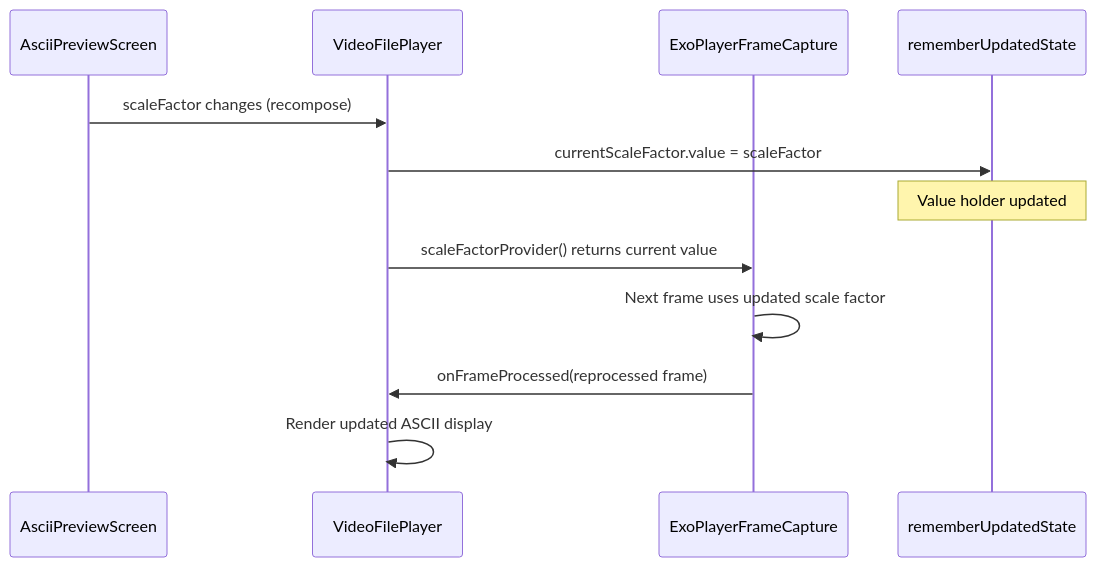
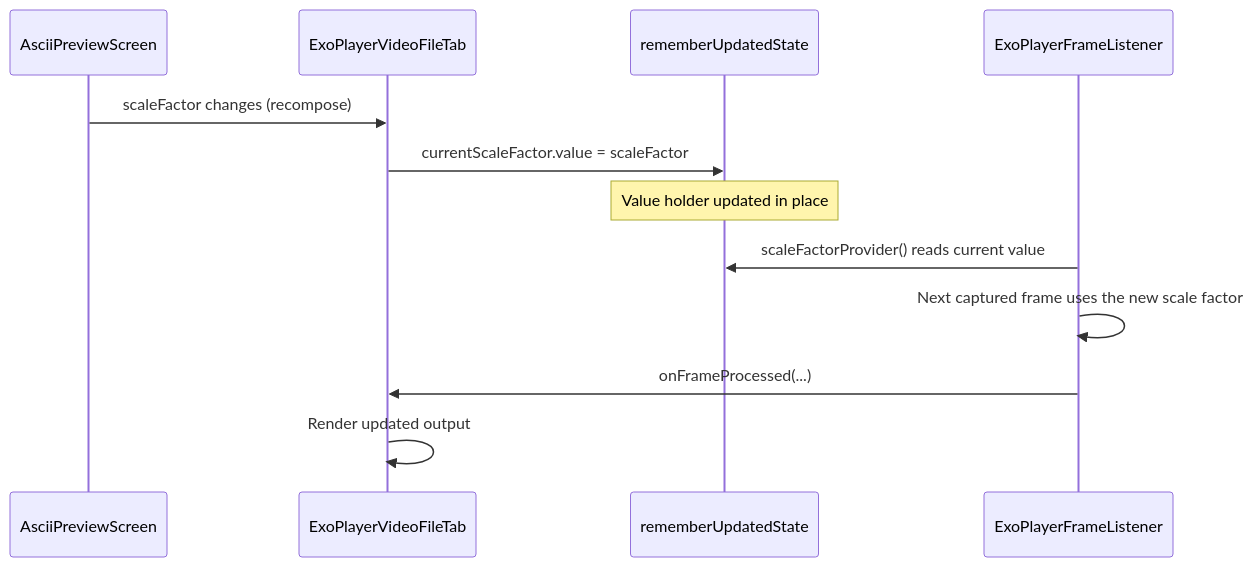
Before and after one commit to replicant1/AsciiArt: the fourth of 5 diagrams in README.md, drawn with Mermaid. The commit also changed other lines of this file and 8 other files, not shown here.

First line of the commit message:
Bring the README and architecture diagrams back in line with the code

````diff
--- a/README.md
+++ b/README.md
@@ -244,15 +179,15 @@
 ```mermaid
 sequenceDiagram
     participant APS as AsciiPreviewScreen
-    participant VFP as VideoFilePlayer
-    participant EFC as ExoPlayerFrameCapture
+    participant VFT as ExoPlayerVideoFileTab
     participant RUS as rememberUpdatedState
-    
-    APS->>VFP: scaleFactor changes (recompose)
-    VFP->>RUS: currentScaleFactor.value = scaleFactor
-    Note over RUS: Value holder updated
-    VFP->>EFC: scaleFactorProvider() returns current value
-    EFC->>EFC: Next frame uses updated scale factor
-    EFC->>VFP: onFrameProcessed(reprocessed frame)
-    VFP->>VFP: Render updated ASCII display
+    participant EFL as ExoPlayerFrameListener
+
+    APS->>VFT: scaleFactor changes (recompose)
+    VFT->>RUS: currentScaleFactor.value = scaleFactor
+    Note over RUS: Value holder updated in place
+    EFL->>RUS: scaleFactorProvider() reads current value
+    EFL->>EFL: Next captured frame uses the new scale factor
+    EFL->>VFT: onFrameProcessed(...)
+    VFT->>VFT: Render updated output
 ```
````
